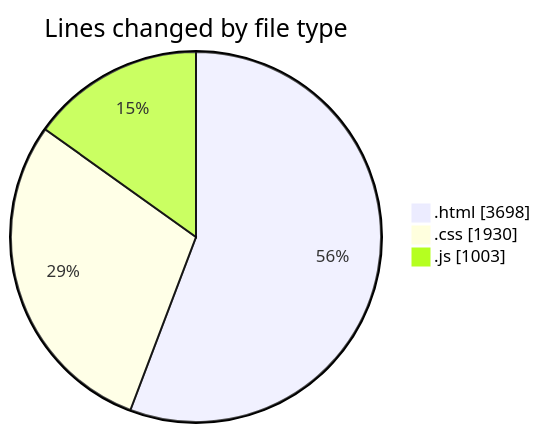
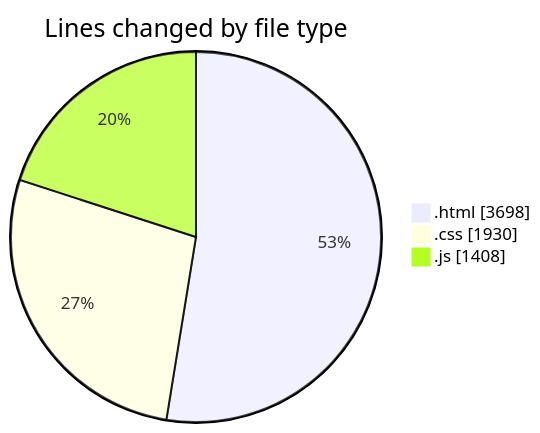
The first of 2 diagrams in 2025-05-24/projects/README.md (Ritupan-Deka/code-tracking), drawn with Mermaid before and after one commit. The commit also changed other lines of this file and 1 other file, not shown here.

````diff
--- a/2025-05-24/projects/README.md
+++ b/2025-05-24/projects/README.md
@@ -23,7 +23,7 @@
 ```mermaid
 pie showData
 title Lines changed by file type
 ".html" : 3698
 ".css" : 1930
-".js" : 1003
+".js" : 1408
 ```
````
